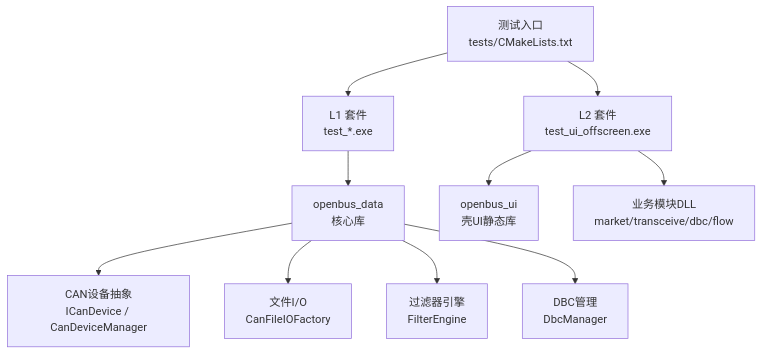
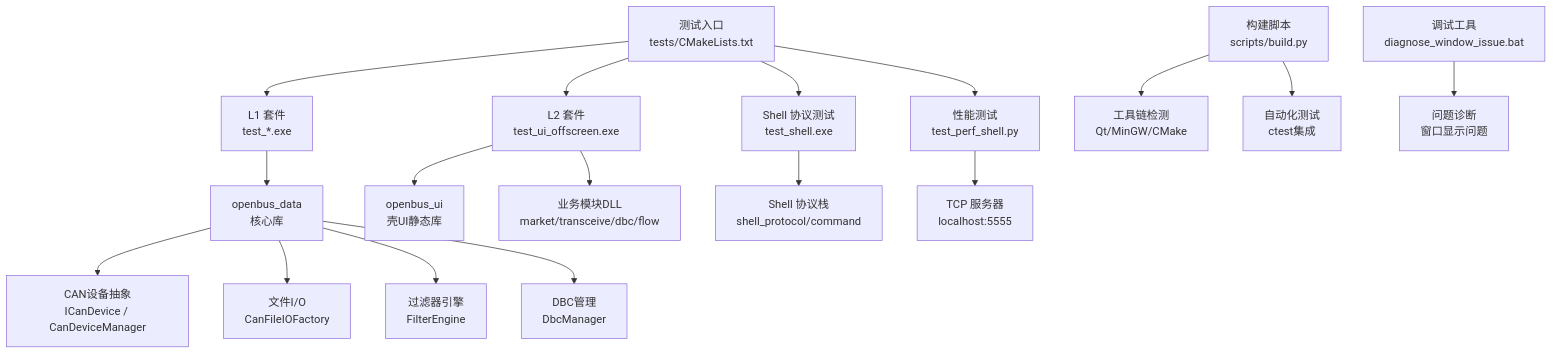
The first of 12 diagrams in .qoder/repowiki/zh/content/开发指南/自动化测试框架.md (jakecai1225-design/OpenBus), drawn with Mermaid before and after one commit. The commit also changed other lines of this file and 58 other files, not shown here.

````diff
--- a/.qoder/repowiki/zh/content/开发指南/自动化测试框架.md
+++ b/.qoder/repowiki/zh/content/开发指南/自动化测试框架.md
@@ -46,12 +71,19 @@
 ```mermaid
 graph TB
 A["测试入口<br/>tests/CMakeLists.txt"] --> B["L1 套件<br/>test_*.exe"]
 A --> C["L2 套件<br/>test_ui_offscreen.exe"]
-B --> D["openbus_data<br/>核心库"]
-C --> E["openbus_ui<br/>壳UI静态库"]
-C --> F["业务模块DLL<br/>market/transceive/dbc/flow"]
-D --> G["CAN设备抽象<br/>ICanDevice / CanDeviceManager"]
-D --> H["文件I/O<br/>CanFileIOFactory"]
-D --> I["过滤器引擎<br/>FilterEngine"]
-D --> J["DBC管理<br/>DbcManager"]
+A --> D["Shell 协议测试<br/>test_shell.exe"]
+A --> E["性能测试<br/>test_perf_shell.py"]
+B --> F["openbus_data<br/>核心库"]
+C --> G["openbus_ui<br/>壳UI静态库"]
+C --> H["业务模块DLL<br/>market/transceive/dbc/flow"]
+D --> I["Shell 协议栈<br/>shell_protocol/command"]
+E --> J["TCP 服务器<br/>localhost:5555"]
+F --> K["CAN设备抽象<br/>ICanDevice / CanDeviceManager"]
+F --> L["文件I/O<br/>CanFileIOFactory"]
+F --> M["过滤器引擎<br/>FilterEngine"]
+F --> N["DBC管理<br/>DbcManager"]
+O["构建脚本<br/>scripts/build.py"] --> P["工具链检测<br/>Qt/MinGW/CMake"]
+O --> Q["自动化测试<br/>ctest集成"]
+R["调试工具<br/>diagnose_window_issue.bat"] --> S["问题诊断<br/>窗口显示问题"]
 ```
````
